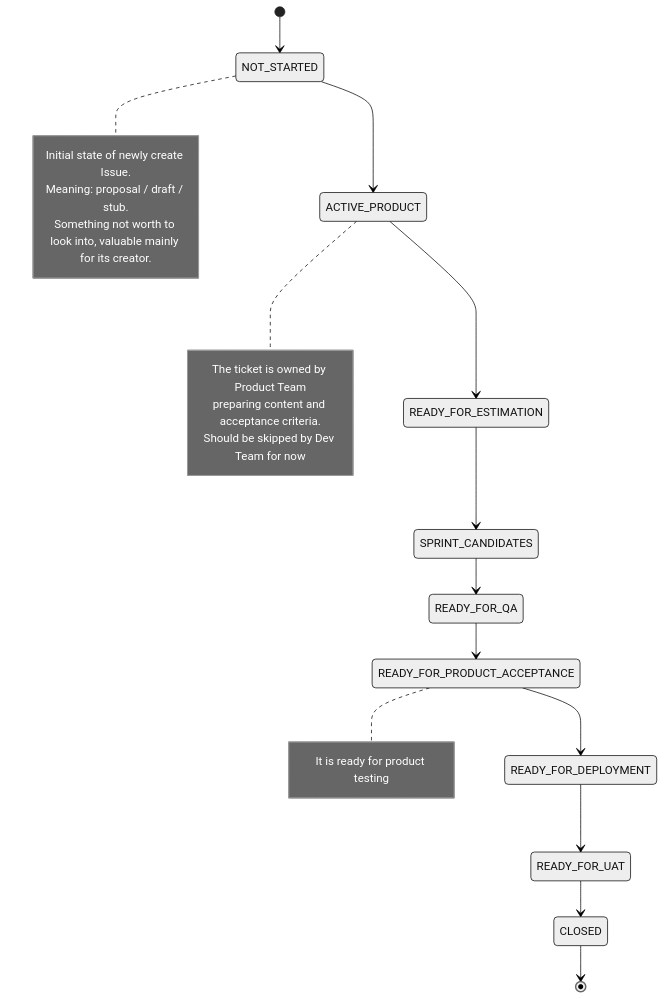
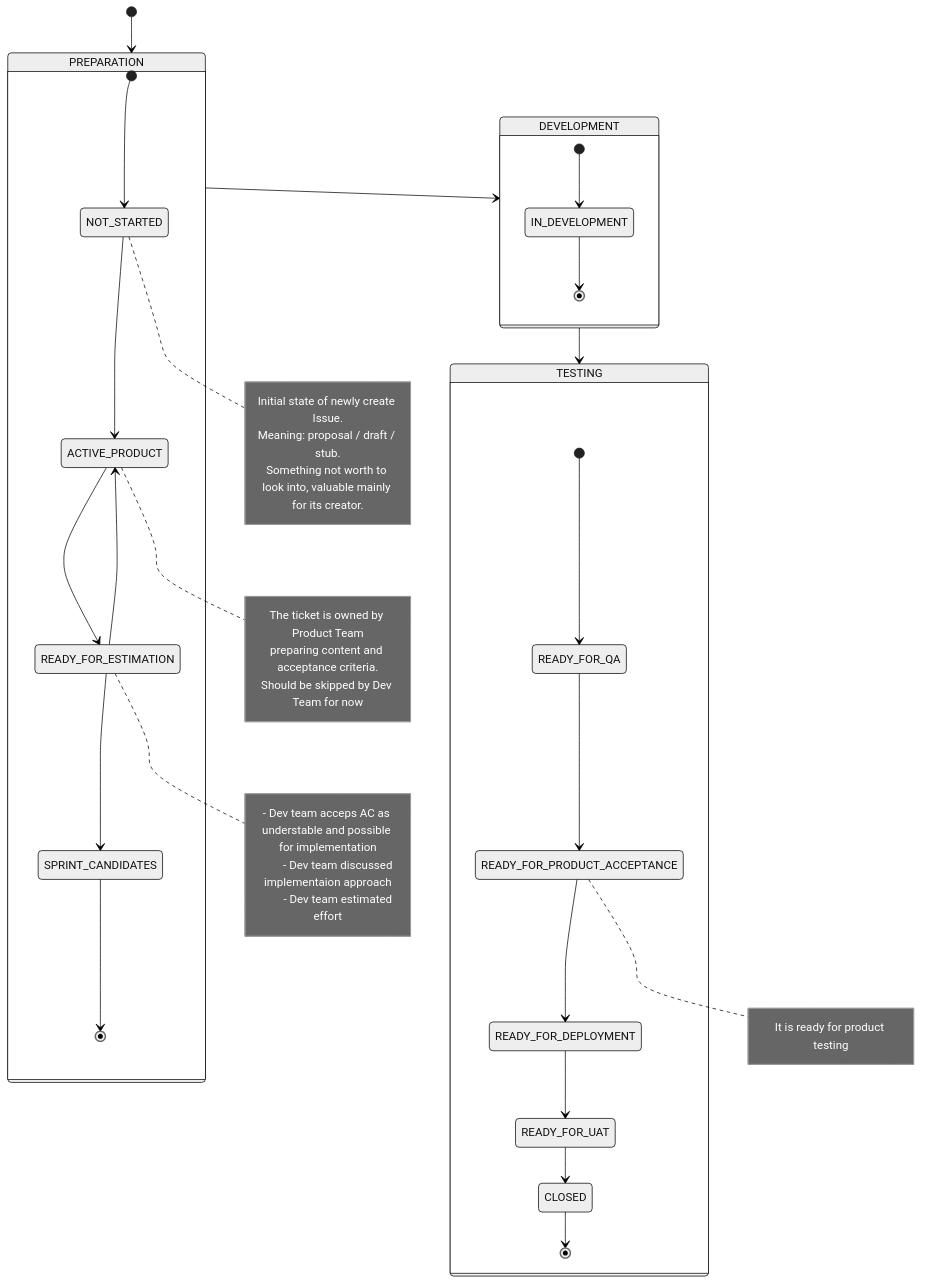
Before and after one commit to siudeks/siudeks.github.io: the diagram in content/project-management/_index.md, drawn with Mermaid (neutral theme).

````diff
--- a/content/project-management/_index.md
+++ b/content/project-management/_index.md
@@ -33,31 +33,56 @@
 ```mermaid
 stateDiagram-v2
-    [*] --> NOT_STARTED
-    NOT_STARTED --> ACTIVE_PRODUCT
-    ACTIVE_PRODUCT --> READY_FOR_ESTIMATION
-    READY_FOR_ESTIMATION --> SPRINT_CANDIDATES
-    SPRINT_CANDIDATES --> READY_FOR_QA
-    READY_FOR_QA --> READY_FOR_PRODUCT_ACCEPTANCE
-    READY_FOR_PRODUCT_ACCEPTANCE --> READY_FOR_DEPLOYMENT
-    READY_FOR_DEPLOYMENT --> READY_FOR_UAT
-    READY_FOR_UAT --> CLOSED
-    CLOSED --> [*]
-    
 
-    note right of NOT_STARTED
-      Initial state of newly create Issue.
-      Meaning: proposal / draft / stub.
-      Something not worth to look into, valuable mainly for its creator.
-    end note
+    [*] --> PREPARATION
 
-    note right of ACTIVE_PRODUCT
-      The ticket is owned by Product Team
-      preparing content and acceptance criteria.
-      Should be skipped by Dev Team for now
-    end note
+    state PREPARATION {
+      [*] --> NOT_STARTED
+      NOT_STARTED --> ACTIVE_PRODUCT
+      ACTIVE_PRODUCT --> READY_FOR_ESTIMATION
+      READY_FOR_ESTIMATION --> SPRINT_CANDIDATES
+      READY_FOR_ESTIMATION --> ACTIVE_PRODUCT
+      SPRINT_CANDIDATES --> [*]
 
-    note right of READY_FOR_PRODUCT_ACCEPTANCE
-      It is ready for product testing
-    end note
+      note right of NOT_STARTED
+        Initial state of newly create Issue.
+        Meaning: proposal / draft / stub.
+        Something not worth to look into, valuable mainly for its creator.
+      end note
+
+      note right of ACTIVE_PRODUCT
+        The ticket is owned by Product Team
+        preparing content and acceptance criteria.
+        Should be skipped by Dev Team for now
+      end note
+
+      note right of READY_FOR_ESTIMATION
+        - Dev team acceps AC as understable and possible for implementation
+        - Dev team discussed implementaion approach
+        - Dev team estimated effort
+      end note
+    }
+
+    PREPARATION --> DEVELOPMENT
+
+    state DEVELOPMENT {
+      [*] --> IN_DEVELOPMENT
+      IN_DEVELOPMENT --> [*]
+    }
+
+    DEVELOPMENT --> TESTING
+
+    state TESTING {
+      [*] --> READY_FOR_QA
+      READY_FOR_QA --> READY_FOR_PRODUCT_ACCEPTANCE
+      READY_FOR_PRODUCT_ACCEPTANCE --> READY_FOR_DEPLOYMENT
+      READY_FOR_DEPLOYMENT --> READY_FOR_UAT
+      READY_FOR_UAT --> CLOSED
+      CLOSED --> [*]
+
+      note right of READY_FOR_PRODUCT_ACCEPTANCE
+        It is ready for product testing
+      end note
+
+    }
 
 ```
````
